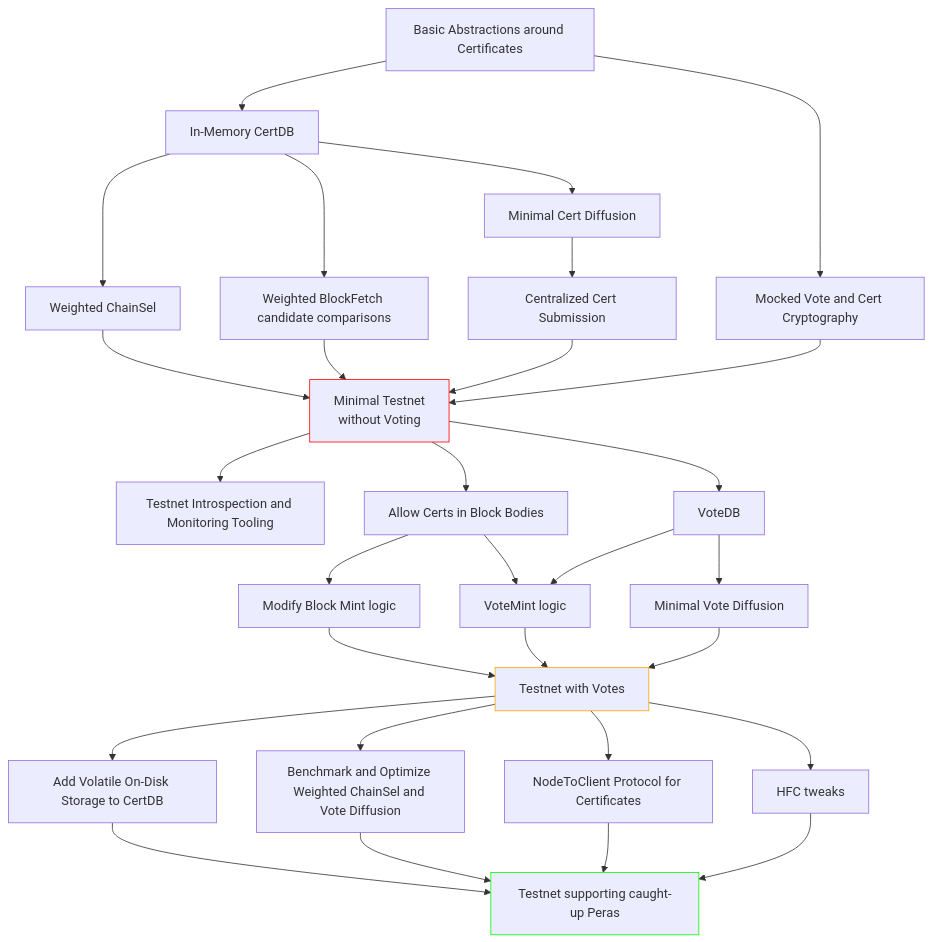
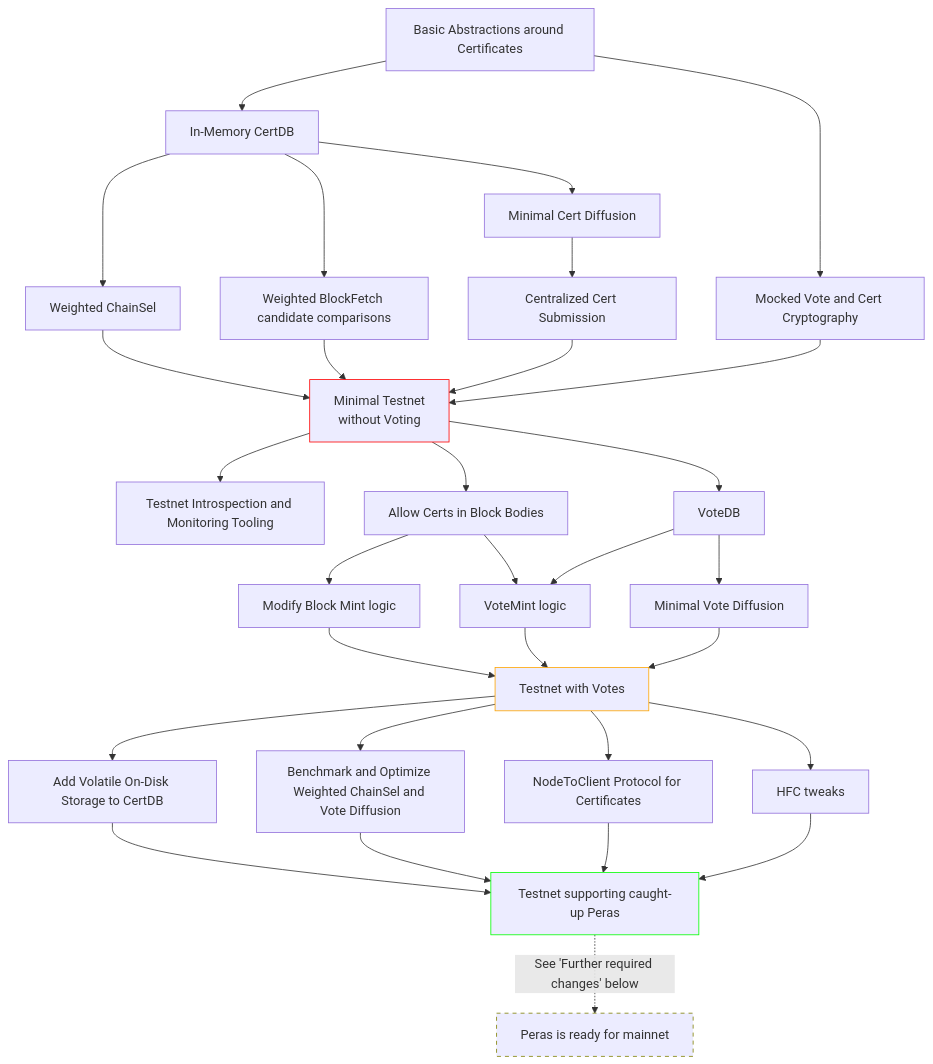
One commit to tweag/cardano-peras changed the diagram in docs/roadmap-draft.md. Above: the diagram before and after it, drawn with Mermaid.

Commit message:
Roadmap: add "mainnet ready" goal to roadmap

````diff
--- a/docs/roadmap-draft.md
+++ b/docs/roadmap-draft.md
@@ -11,68 +11,73 @@
 ```mermaid
 graph TD
   MockedCrypto[Mocked Vote and Cert Cryptography]
   BasicAbstr --> MockedCrypto
 
   BasicAbstr[Basic Abstractions around Certificates]
 
   BasicAbstr --> InMemoryCertDB
   MinimalCertDiff --> CentralizedCertSubmission
 
   InMemoryCertDB[In-Memory CertDB]
   WeightedChainSel[Weighted ChainSel]
   WeightedBlockFetch[Weighted BlockFetch candidate comparisons]
   MinimalCertDiff[Minimal Cert Diffusion]
   CentralizedCertSubmission[Centralized Cert Submission]
 
   InMemoryCertDB --> WeightedChainSel
   InMemoryCertDB --> WeightedBlockFetch
   InMemoryCertDB --> MinimalCertDiff
   WeightedChainSel --> MinTestnet
   WeightedBlockFetch --> MinTestnet
   CentralizedCertSubmission --> MinTestnet
   MockedCrypto --> MinTestnet
 
   MinTestnet[Minimal Testnet<br/>without Voting]
   style MinTestnet stroke:red
 
   Monitoring[Testnet Introspection and Monitoring Tooling]
   MinTestnet --> Monitoring
 
   CertsInBlocks[Allow Certs in Block Bodies]
   VoteDB[VoteDB]
   VoteMint[VoteMint logic]
   MinVoteDiffusion[Minimal Vote Diffusion]
   BlockMint[Modify Block Mint logic]
 
   MinTestnet --> CertsInBlocks
   MinTestnet --> VoteDB
   CertsInBlocks --> BlockMint
   CertsInBlocks --> VoteMint
   VoteDB --> VoteMint
   VoteDB --> MinVoteDiffusion
 
   BlockMint --> TestnetWithVotes
   VoteMint --> TestnetWithVotes
   MinVoteDiffusion --> TestnetWithVotes
 
   TestnetWithVotes[Testnet with Votes]
   style TestnetWithVotes stroke:orange
 
   TestnetWithVotes --> OnDiskCertDB
   TestnetWithVotes --> OptimizeStuff
   TestnetWithVotes --> NodeToClient
   TestnetWithVotes --> HFC
 
   OnDiskCertDB[Add Volatile On-Disk Storage to CertDB]
   OptimizeStuff[Benchmark and Optimize Weighted ChainSel and Vote Diffusion]
   NodeToClient[NodeToClient Protocol for Certificates]
   HFC[HFC tweaks]
 
   OnDiskCertDB --> TestnetCaughtUp
   OptimizeStuff --> TestnetCaughtUp
   NodeToClient --> TestnetCaughtUp
   HFC --> TestnetCaughtUp
 
   TestnetCaughtUp[Testnet supporting caught-up Peras]
   style TestnetCaughtUp stroke:lime
+
+  TestnetCaughtUp -. "See 'Further required changes' below" .-> PerasMainnet
+
+  PerasMainnet[Peras is ready for mainnet]
+  style PerasMainnet stroke:olive,stroke-dasharray:5
 ```
````
